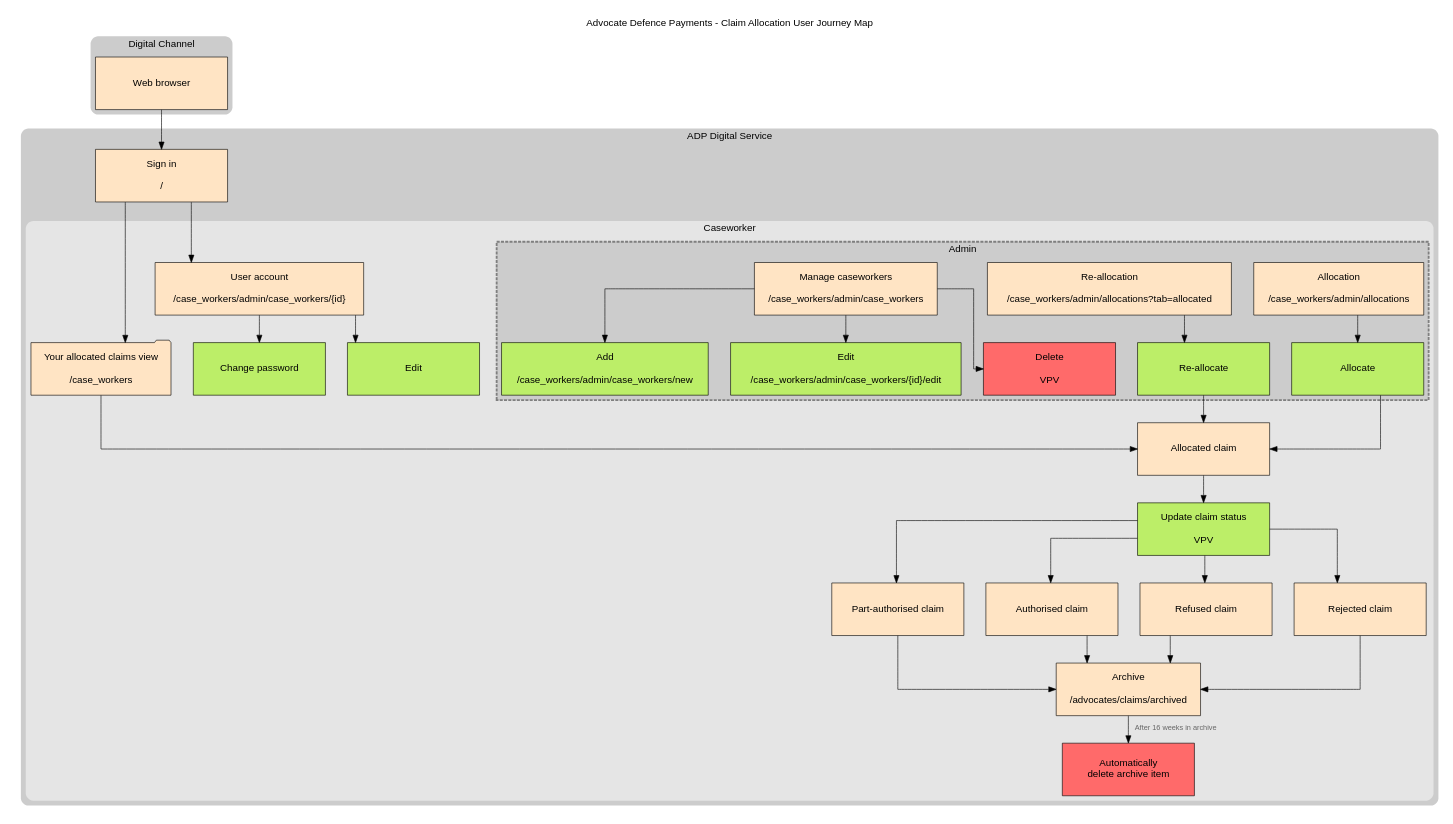
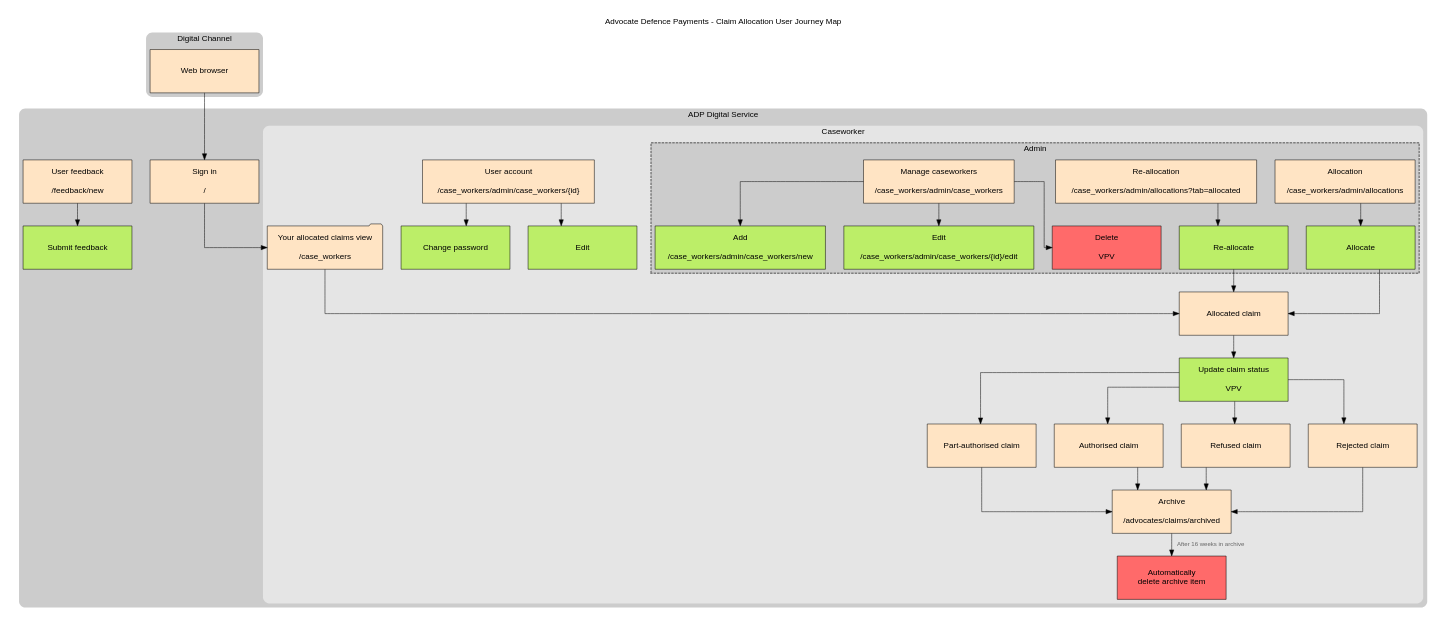
Before and after one commit to ministryofjustice/Claim-for-Crown-Court-Defence: the diagram in ux/user-journey-caseworkers.gv, drawn with Graphviz. The commit also changed 3 other files, not shown here.

```diff
--- a/ux/user-journey-caseworkers.gv
+++ b/ux/user-journey-caseworkers.gv
@@ -1,95 +1,98 @@
 digraph CLA_User_Journey {
 	compound 	= true
 	labelloc 	= t
 	ordering 	= out
 	splines 	= ortho
 	nodesep		= .5
 	ranksep 	= .3
 
 	label 		= "Advocate Defence Payments - Claim Allocation User Journey Map"
 	fontsize	= 16
 	size 		= "11x8"
 
 	graph  [ style="rounded, filled" fillcolor=grey80 fontname=Helvetica penwidth=0 ]
 	node   [ shape=box style=filled fillcolor=bisque fontname=Helvetica fontsize=16 height=1.2 width=3 ]
 	edge   [ minlen=2 arrowsize=1.2 fontname=Helvetica fontsize=12 fontcolor=grey40 ]
 
 	subgraph cluster_digital_channel {
 		label="Digital Channel"
 
 		browser [ label = "Web browser" ]
 	}
 
 	subgraph cluster_adp_digital_service {
 		label="ADP Digital Service"
 
 		sign_in [ label="Sign in\n\n/" ]
+
+		feedback [ label="User feedback\n\n/feedback/new" ]
+		feedback_submitted [ label="Submit feedback" fillcolor=darkolivegreen2 ]
+
+		feedback -> feedback_submitted
 
 		subgraph logged_in {
 			label="User logged in"
 			fillcolor=grey90
 
 			subgraph cluster_caseworker {
 				label="Caseworker"
 
 				claims [ label="Your allocated claims view\n\n/case_workers" shape="folder" ]
 				allocated_claim [ label="Allocated claim" ]
 				part_authorised_claim [ label="Part-authorised claim" ]
 				authorised_claim [ label="Authorised claim" ]
 				refused_claim [ label="Refused claim" ]
 				rejected_claim [ label="Rejected claim" ]
 				update_claim [ label="Update claim status\n\nVPV" fillcolor=darkolivegreen2 ]
 				account [ label="User account\n\n/case_workers/admin/case_workers/{id}" ]
 
 				account -> {
 					edit [ label="Edit" fillcolor=darkolivegreen2 ]
 					change_password [ label="Change password" fillcolor=darkolivegreen2 ]
 				}
 
 				archive [ label="Archive\n\n/advocates/claims/archived" ]
 				delete_archive [ label="Automatically\ndelete archive item"  fillcolor=indianred1 ]
 
 				subgraph cluster_caseworker_admin {
 					label="Admin"
 					fillcolor=grey80
 					penwidth=3
 					color=gray50
 					style="filled,dashed"
 
 					allocation [ label="Allocation\n\n/case_workers/admin/allocations" ]
 					reallocation [ label="Re-allocation\n\n/case_workers/admin/allocations?tab=allocated" ]
 					manage_caseworkers [ label="Manage caseworkers\n\n/case_workers/admin/case_workers" ]
 
 					# Admin connections
 					manage_caseworkers -> {
 						add_caseworker [ label="Add\n\n/case_workers/admin/case_workers/new" fillcolor=darkolivegreen2 ]
 						edit_caseworker [ label="Edit\n\n/case_workers/admin/case_workers/{id}/edit" fillcolor=darkolivegreen2 ]
 						delete_caseworker [ label="Delete\n\nVPV" fillcolor=indianred1 ]
 					}
 
 					allocation -> {
 						allocate_claim [ label="Allocate" fillcolor=darkolivegreen2 ]
 					}
 					reallocation -> {
 						reallocate_claim [ label="Re-allocate" fillcolor=darkolivegreen2 ]
 					}
 				}
 			}
 		}
 	}
 
 	browser -> sign_in -> claims -> allocated_claim -> update_claim
 
-	sign_in -> account
-
 	{ allocate_claim, reallocate_claim } -> allocated_claim
 
 	update_claim -> {
 		part_authorised_claim
 		authorised_claim
 		refused_claim
 		rejected_claim
 	} -> archive
 
 	archive -> delete_archive [ taillabel="After 16 weeks in archive" labeldistance="8" labelangle="75" ]
 }
```
